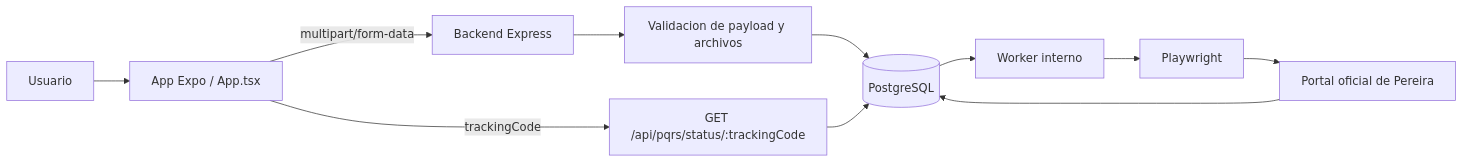
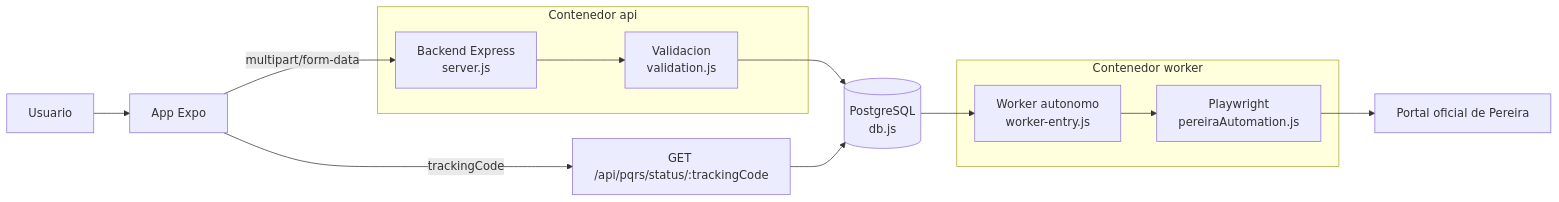
Before and after one commit to Rojas-09/pereira-te-escucha: the diagram in docs/ARCHITECTURE.md, drawn with Mermaid. The commit also changed other lines of this file and 3 other files, not shown here.

````diff
--- a/docs/ARCHITECTURE.md
+++ b/docs/ARCHITECTURE.md
@@ -14,13 +20,20 @@
 ```mermaid
 flowchart LR
-  U[Usuario] --> A[App Expo / App.tsx]
-  A -->|multipart/form-data| B[Backend Express]
-  B --> V[Validacion de payload y archivos]
-  V --> D[(PostgreSQL)]
-  D --> W[Worker interno]
-  W --> P[Playwright]
+  U[Usuario] --> A[App Expo]
+  A -->|multipart/form-data| B[Backend Express<br/>server.js]
+  B --> V[Validacion<br/>validation.js]
+  V --> D[(PostgreSQL<br/>db.js)]
+  D --> W[Worker autonomo<br/>worker-entry.js]
+  W --> P[Playwright<br/>pereiraAutomation.js]
   P --> O[Portal oficial de Pereira]
-  O --> D
   A -->|trackingCode| S[GET /api/pqrs/status/:trackingCode]
   S --> D
+  subgraph api_container [Contenedor api]
+    B
+    V
+  end
+  subgraph worker_container [Contenedor worker]
+    W
+    P
+  end
 ```
````
